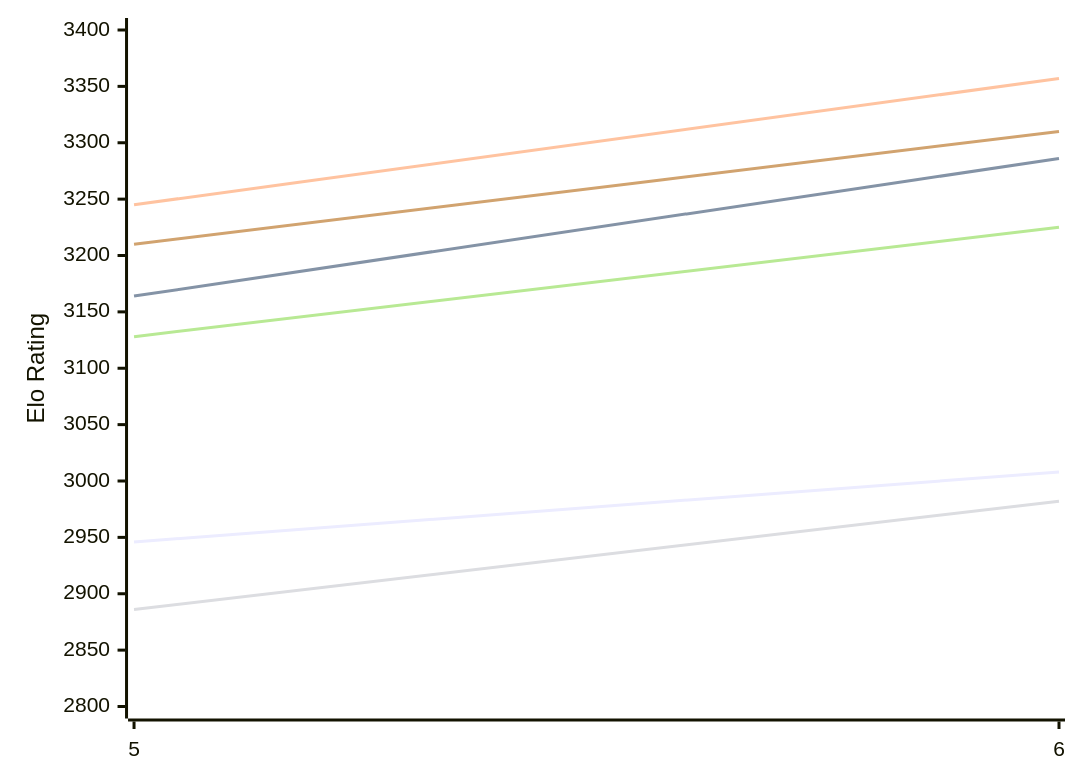
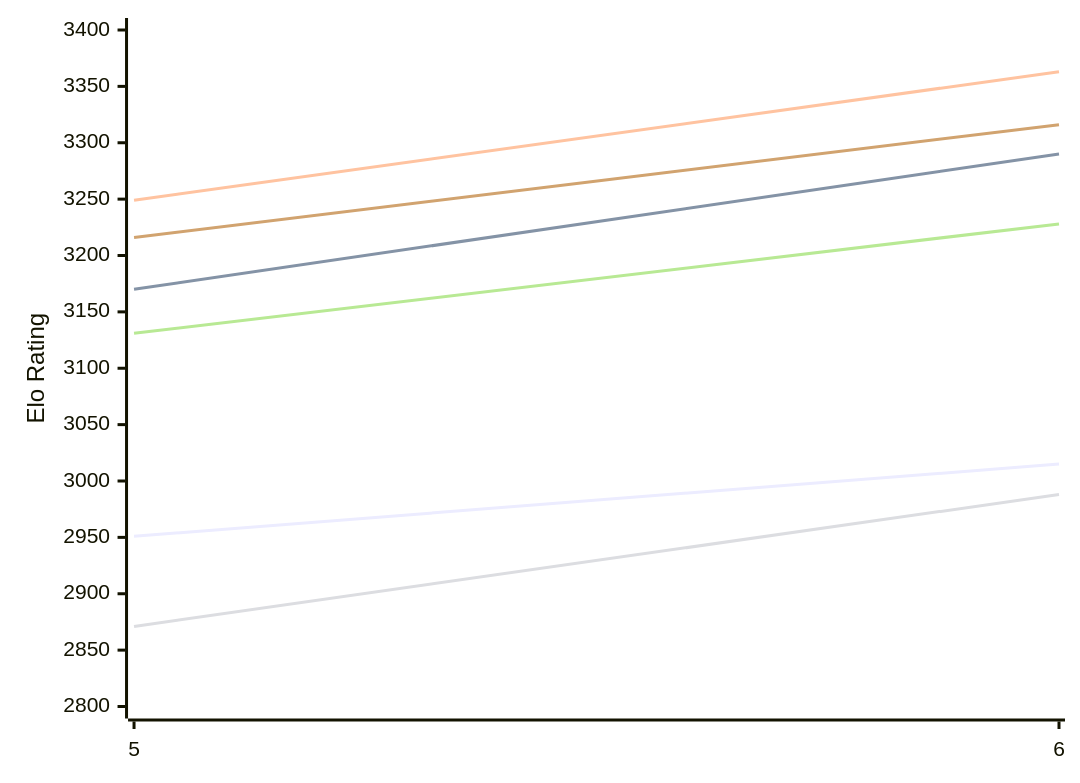
Before and after one commit to computer-chess-index/cci: the first of 2 diagrams in engines/Cwtch.md, drawn with Mermaid. The commit also changed other lines of this file, not shown here.

Commit message:
Update CCI Ratings (ELO VLTC) - 2026-11-20

````diff
--- a/engines/Cwtch.md
+++ b/engines/Cwtch.md
@@ -51,12 +51,12 @@
 ```mermaid
 %%{init: {"theme":"base","themeVariables":{"seriesColors:['#a3a3a3','#222221','#faa371']}}}%%
 xychart-beta
   x-axis ["5", "6"]
   y-axis "Elo Rating" 2800 --> 3400
-  line "E1: STC (8.0+0.08s)" [2946, 3008]
-  line "E1: LTC (60.0+0.60s)" [3164, 3286]
-  line "E1: VLTC (2m24s+1.12s)" [3245, 3357]
-  line "P1: STC (8.0+0.08s)" [2886, 2982]
-  line "P1: LTC (60.0+0.60s)" [3128, 3225]
-  line "P1: VLTC (2m24s+1.12s)" [3210, 3310]
+  line "E1: STC (8.0+0.08s)" [2951, 3015]
+  line "E1: LTC (60.0+0.60s)" [3170, 3290]
+  line "E1: VLTC (2m24s+1.12s)" [3249, 3363]
+  line "P1: STC (8.0+0.08s)" [2871, 2988]
+  line "P1: LTC (60.0+0.60s)" [3131, 3228]
+  line "P1: VLTC (2m24s+1.12s)" [3216, 3316]
 ```
````
